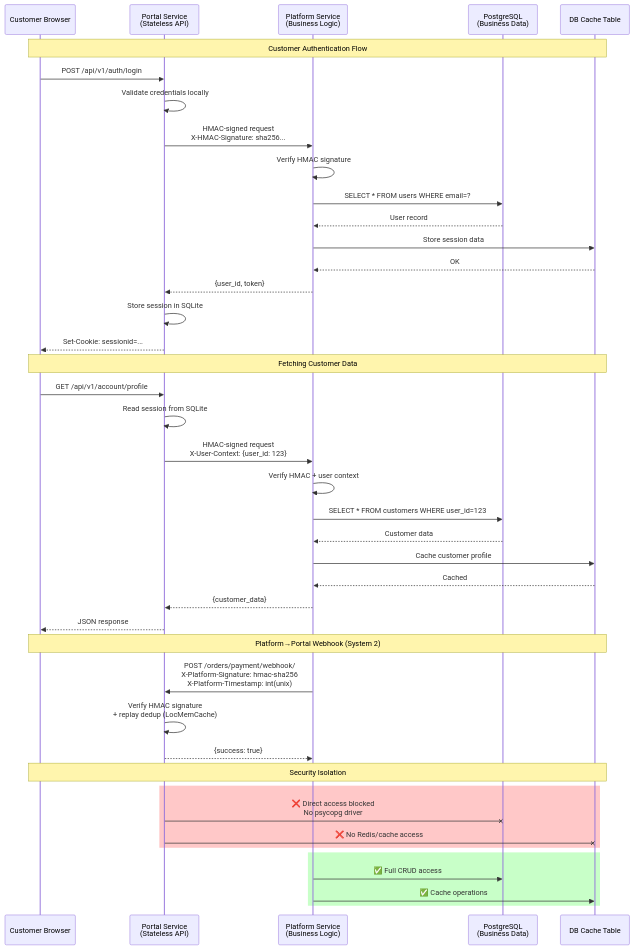
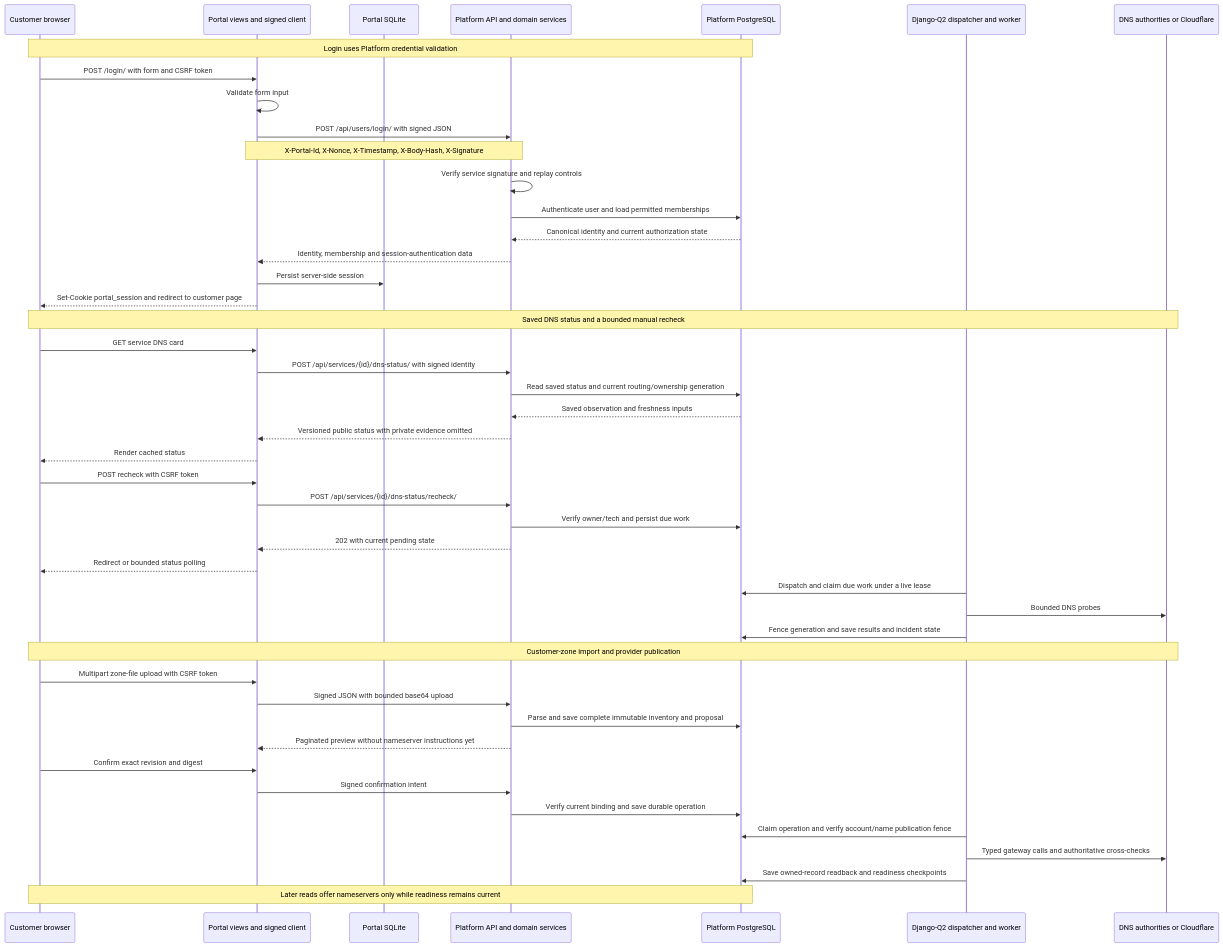
Before and after one commit to captainpragmatic/PRAHO: the diagram in docs/architecture/diagrams/data-flow.mmd, drawn with Mermaid. The commit also changed 150 other files, not shown here.

First line of the commit message:
feat(provisioning): customer DNS monitoring and managed customer zones (#765)

```diff
--- a/docs/architecture/diagrams/data-flow.mmd
+++ b/docs/architecture/diagrams/data-flow.mmd
@@ -1,51 +1,51 @@
-%% PRAHO Platform - Data Flow & Service Communication
-%% Generated: 2026-02-21
-%% Shows how Portal and Platform services communicate
+%% Source snapshot: 2026-10-27. Selected browser, API and DNS worker flows.
+%% DNS/provider I/O occurs in background jobs, not cached reads or recheck requests.
+sequenceDiagram
+    participant Browser as Customer browser
+    participant Portal as Portal views and signed client
+    participant SQLite as Portal SQLite
+    participant Platform as Platform API and domain services
+    participant DB as Platform PostgreSQL
+    participant Worker as Django-Q2 dispatcher and worker
+    participant External as DNS authorities or Cloudflare
 
-sequenceDiagram
-    participant Customer as Customer Browser
-    participant Portal as Portal Service<br/>(Stateless API)
-    participant Platform as Platform Service<br/>(Business Logic)
-    participant DB as PostgreSQL<br/>(Business Data)
-    participant Cache as DB Cache Table
+    Note over Browser,DB: Login uses Platform credential validation
+    Browser->>Portal: POST /login/ with form and CSRF token
+    Portal->>Portal: Validate form input
+    Portal->>Platform: POST /api/users/login/ with signed JSON
+    Note over Portal,Platform: X-Portal-Id, X-Nonce, X-Timestamp, X-Body-Hash, X-Signature
+    Platform->>Platform: Verify service signature and replay controls
+    Platform->>DB: Authenticate user and load permitted memberships
+    DB-->>Platform: Canonical identity and current authorization state
+    Platform-->>Portal: Identity, membership and session-authentication data
+    Portal->>SQLite: Persist server-side session
+    Portal-->>Browser: Set-Cookie portal_session and redirect to customer page
 
-    Note over Customer,Cache: Customer Authentication Flow
-    Customer->>Portal: POST /api/v1/auth/login
-    Portal->>Portal: Validate credentials locally
-    Portal->>Platform: HMAC-signed request<br/>X-HMAC-Signature: sha256...
-    Platform->>Platform: Verify HMAC signature
-    Platform->>DB: SELECT * FROM users WHERE email=?
-    DB-->>Platform: User record
-    Platform->>Cache: Store session data
-    Cache-->>Platform: OK
-    Platform-->>Portal: {user_id, token}
-    Portal->>Portal: Store session in SQLite
-    Portal-->>Customer: Set-Cookie: sessionid=...
+    Note over Browser,External: Saved DNS status and a bounded manual recheck
+    Browser->>Portal: GET service DNS card
+    Portal->>Platform: POST /api/services/{id}/dns-status/ with signed identity
+    Platform->>DB: Read saved status and current routing/ownership generation
+    DB-->>Platform: Saved observation and freshness inputs
+    Platform-->>Portal: Versioned public status with private evidence omitted
+    Portal-->>Browser: Render cached status
+    Browser->>Portal: POST recheck with CSRF token
+    Portal->>Platform: POST /api/services/{id}/dns-status/recheck/
+    Platform->>DB: Verify owner/tech and persist due work
+    Platform-->>Portal: 202 with current pending state
+    Portal-->>Browser: Redirect or bounded status polling
+    Worker->>DB: Dispatch and claim due work under a live lease
+    Worker->>External: Bounded DNS probes
+    Worker->>DB: Fence generation and save results and incident state
 
-    Note over Customer,Cache: Fetching Customer Data
-    Customer->>Portal: GET /api/v1/account/profile
-    Portal->>Portal: Read session from SQLite
-    Portal->>Platform: HMAC-signed request<br/>X-User-Context: {user_id: 123}
-    Platform->>Platform: Verify HMAC + user context
-    Platform->>DB: SELECT * FROM customers WHERE user_id=123
-    DB-->>Platform: Customer data
-    Platform->>Cache: Cache customer profile
-    Cache-->>Platform: Cached
-    Platform-->>Portal: {customer_data}
-    Portal-->>Customer: JSON response
-
-    Note over Customer,Cache: Platform→Portal Webhook (System 2)
-    Platform->>Portal: POST /orders/payment/webhook/<br/>X-Platform-Signature: hmac-sha256<br/>X-Platform-Timestamp: int(unix)
-    Portal->>Portal: Verify HMAC signature<br/>+ replay dedup (LocMemCache)
-    Portal-->>Platform: {success: true}
-
-    Note over Customer,Cache: Security Isolation
-    rect rgb(255, 200, 200)
-        Portal-XDB: ❌ Direct access blocked<br/>No psycopg driver
-        Portal-XCache: ❌ No Redis/cache access
-    end
-
-    rect rgb(200, 255, 200)
-        Platform->>DB: ✅ Full CRUD access
-        Platform->>Cache: ✅ Cache operations
-    end
+    Note over Browser,External: Customer-zone import and provider publication
+    Browser->>Portal: Multipart zone-file upload with CSRF token
+    Portal->>Platform: Signed JSON with bounded base64 upload
+    Platform->>DB: Parse and save complete immutable inventory and proposal
+    Platform-->>Portal: Paginated preview without nameserver instructions yet
+    Browser->>Portal: Confirm exact revision and digest
+    Portal->>Platform: Signed confirmation intent
+    Platform->>DB: Verify current binding and save durable operation
+    Worker->>DB: Claim operation and verify account/name publication fence
+    Worker->>External: Typed gateway calls and authoritative cross-checks
+    Worker->>DB: Save owned-record readback and readiness checkpoints
+    Note over Browser,DB: Later reads offer nameservers only while readiness remains current
```
